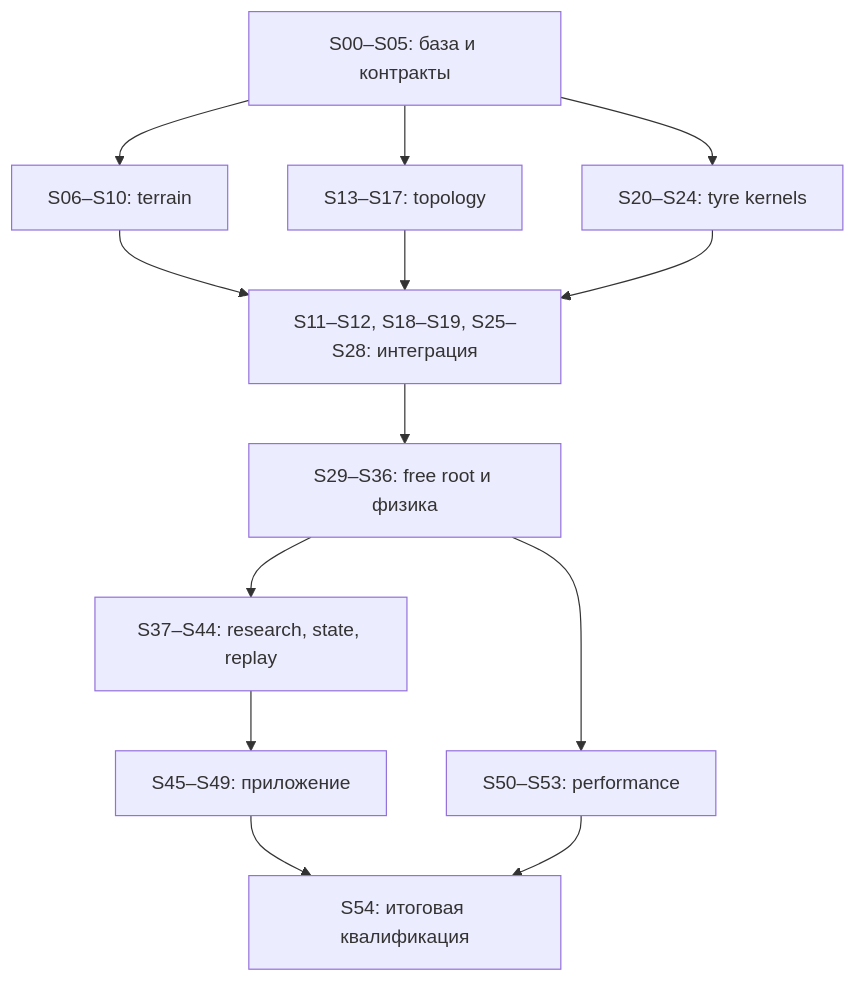
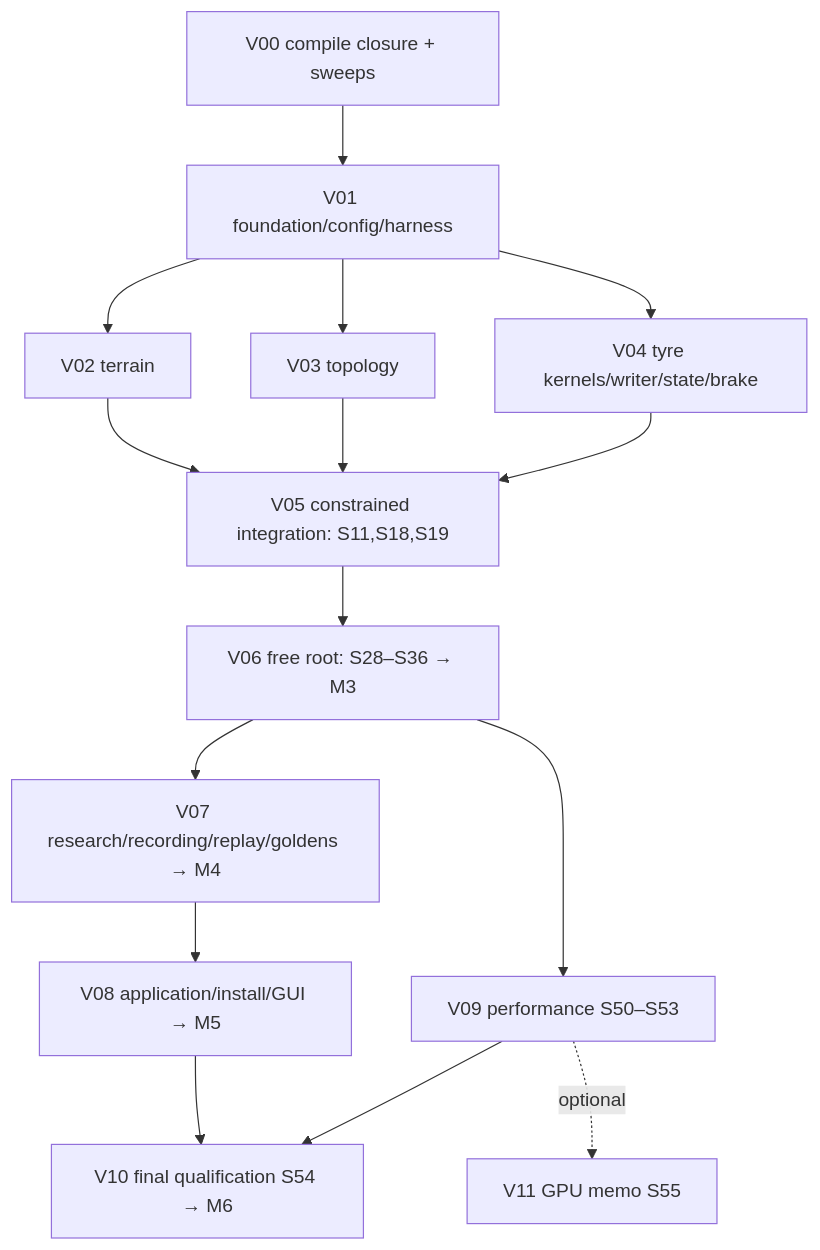
One commit to vladmlch/bikesim changed the diagram in docs/superpowers/plans/2026-10-22-spatial-3d-native-master.md. Above: the diagram before and after it, drawn with Mermaid. The commit also changed other lines of this file and 10 other files, not shown here.

````diff
--- a/docs/superpowers/plans/2026-10-22-spatial-3d-native-master.md
+++ b/docs/superpowers/plans/2026-10-22-spatial-3d-native-master.md
@@ -199,15 +206,17 @@
 ```mermaid
 flowchart TD
-    B["S00–S05: база и контракты"] --> T["S06–S10: terrain"]
-    B --> K["S13–S17: topology"]
-    B --> Y["S20–S24: tyre kernels"]
-    T --> I["S11–S12, S18–S19, S25–S28: интеграция"]
-    K --> I
-    Y --> I
-    I --> F["S29–S36: free root и физика"]
-    F --> R["S37–S44: research, state, replay"]
-    F --> P["S50–S53: performance"]
-    R --> A["S45–S49: приложение"]
-    A --> Q["S54: итоговая квалификация"]
-    P --> Q
+    V00["V00 compile closure + sweeps"] --> V01["V01 foundation/config/harness"]
+    V01 --> V02["V02 terrain"]
+    V01 --> V03["V03 topology"]
+    V01 --> V04["V04 tyre kernels/writer/state/brake"]
+    V02 --> V05["V05 constrained integration: S11,S18,S19"]
+    V03 --> V05
+    V04 --> V05
+    V05 --> V06["V06 free root: S28–S36 → M3"]
+    V06 --> V07["V07 research/recording/replay/goldens → M4"]
+    V06 --> V09["V09 performance S50–S53"]
+    V07 --> V08["V08 application/install/GUI → M5"]
+    V08 --> V10["V10 final qualification S54 → M6"]
+    V09 --> V10
+    V09 -.optional.-> V11["V11 GPU memo S55"]
 ```
````
